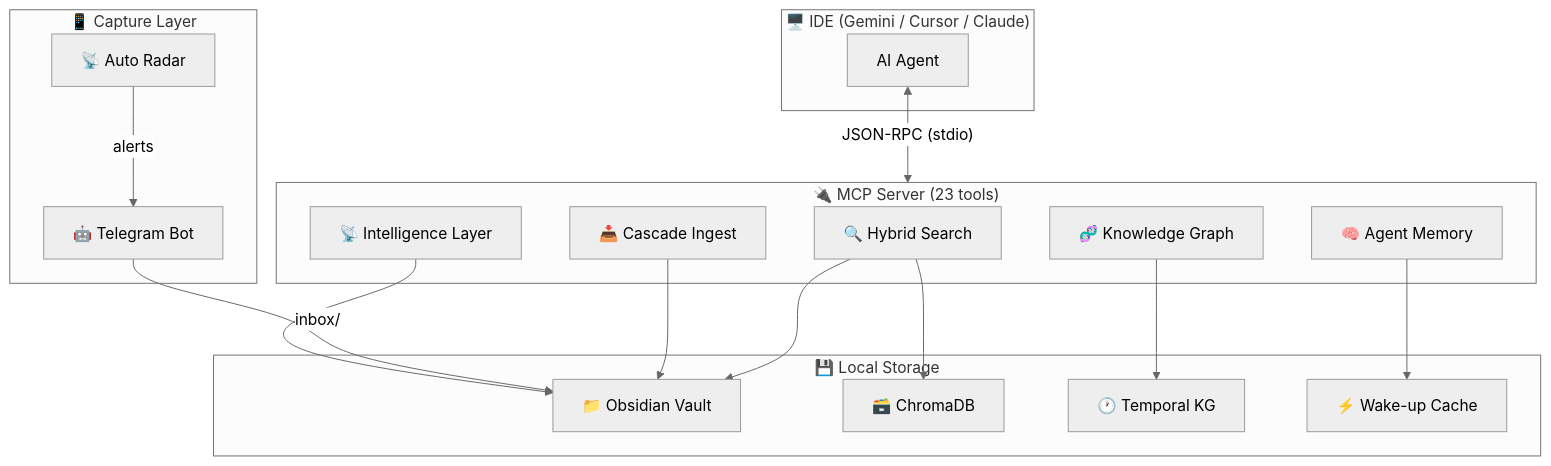
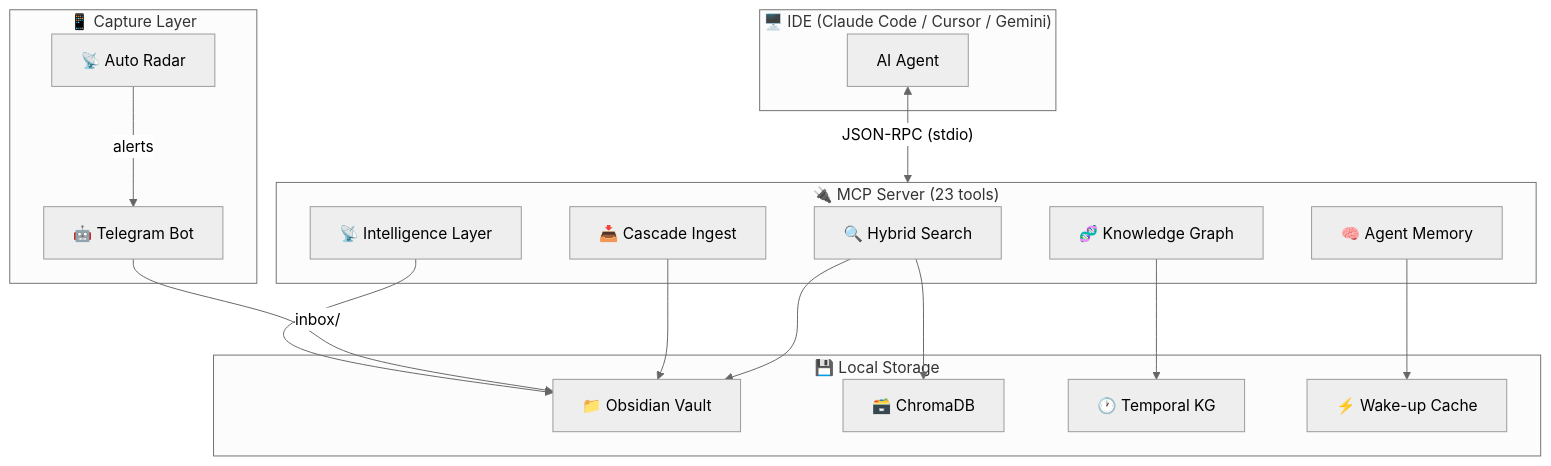
The diagram in README.md (nzt108-dev/obsidian-second-mind), drawn with Mermaid (neutral theme) before and after one commit. The commit also changed other lines of this file and 5 other files, not shown here.

````diff
--- a/README.md
+++ b/README.md
@@ -23,36 +62,36 @@
 ```mermaid
 graph TB
-    subgraph IDE["🖥️ IDE (Gemini / Cursor / Claude)"]
+    subgraph IDE["🖥️ IDE (Claude Code / Cursor / Gemini)"]
         Agent["AI Agent"]
     end
 
     subgraph MCP["🔌 MCP Server (23 tools)"]
         Search["🔍 Hybrid Search"]
         Graph["🧬 Knowledge Graph"]
         Memory["🧠 Agent Memory"]
         Ingest["📥 Cascade Ingest"]
         Scout["📡 Intelligence Layer"]
     end
 
     subgraph Storage["💾 Local Storage"]
         Vault["📁 Obsidian Vault"]
         Chroma["🗃️ ChromaDB"]
         TKG["🕐 Temporal KG"]
         Cache["⚡ Wake-up Cache"]
     end
 
     subgraph Capture["📱 Capture Layer"]
         Bot["🤖 Telegram Bot"]
         Radar["📡 Auto Radar"]
     end
 
     Agent <-->|"JSON-RPC (stdio)"| MCP
     Search --> Chroma
     Search --> Vault
     Graph --> TKG
     Memory --> Cache
     Ingest --> Vault
     Bot -->|"inbox/"| Vault
     Radar -->|"alerts"| Bot
     Scout --> Vault
 ```
````
